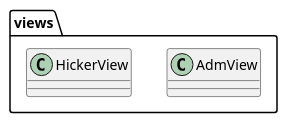
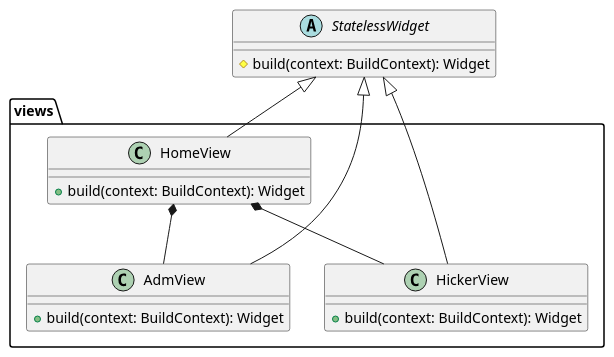
One commit to tiagors09/pe_na_pedra changed the diagram in docs/diagrams/src/pe_na_pedra_class_diagram_6.plantuml. Above: the diagram before and after it, drawn with PlantUML. The commit also changed 8 other files, not shown here.

Commit message:
refactor: :recycle: refactor class diagram plantuml code

```diff
--- a/docs/diagrams/src/pe_na_pedra_class_diagram_6.plantuml
+++ b/docs/diagrams/src/pe_na_pedra_class_diagram_6.plantuml
@@ -1,6 +1,26 @@
 @startuml pe_na_pedra_class_diagram_6
+abstract class StatelessWidget {
+  # build(context: BuildContext): Widget
+}
+
 package views {
-  class AdmView
-  class HickerView
+  class HomeView {
+      + build(context: BuildContext): Widget
+  }
+
+  class AdmView {
+    + build(context: BuildContext): Widget
+  }
+
+  class HickerView {
+    + build(context: BuildContext): Widget
+  }
 }
+
+StatelessWidget <|-- HomeView
+StatelessWidget <|-- AdmView
+StatelessWidget <|-- HickerView
+
+HomeView *-- AdmView
+HomeView *-- HickerView
 @enduml
```
